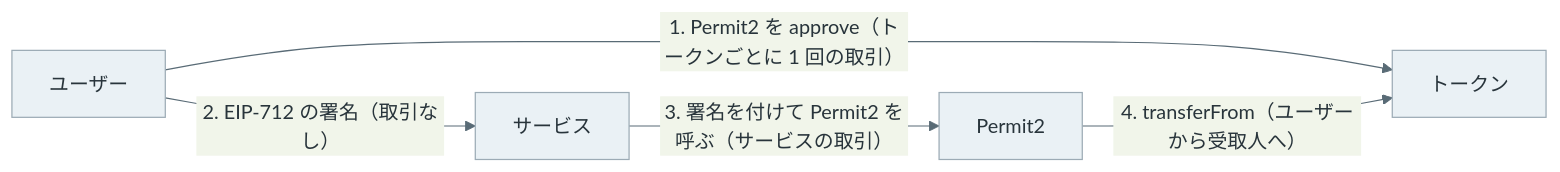
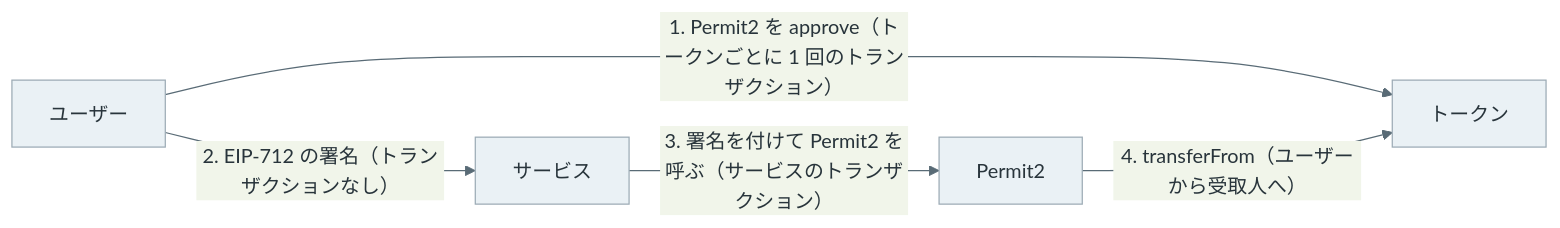
Before and after one commit to nao1215/debimate: the third of 3 diagrams in content/notes/blockchain-systems/eip-712/index.md, drawn with Mermaid. The commit also changed other lines of this file and 129 other files, not shown here.

````diff
--- a/content/notes/blockchain-systems/eip-712/index.md
+++ b/content/notes/blockchain-systems/eip-712/index.md
@@ -363,8 +363,8 @@
 ```mermaid
 %%{init: {"theme":"base","themeVariables":{"primaryColor":"#eaf1f5","primaryTextColor":"#28343b","primaryBorderColor":"#9cabb5","lineColor":"#596b76","textColor":"#28343b"}}}%%
 flowchart LR
-    U["ユーザー"] -- "1. Permit2 を approve（トークンごとに 1 回の取引）" --> T["トークン"]
-    U -- "2. EIP-712 の署名（取引なし）" --> S["サービス"]
-    S -- "3. 署名を付けて Permit2 を呼ぶ（サービスの取引）" --> P["Permit2"]
+    U["ユーザー"] -- "1. Permit2 を approve（トークンごとに 1 回のトランザクション）" --> T["トークン"]
+    U -- "2. EIP-712 の署名（トランザクションなし）" --> S["サービス"]
+    S -- "3. 署名を付けて Permit2 を呼ぶ（サービスのトランザクション）" --> P["Permit2"]
     P -- "4. transferFrom（ユーザーから受取人へ）" --> T
 ```
````
